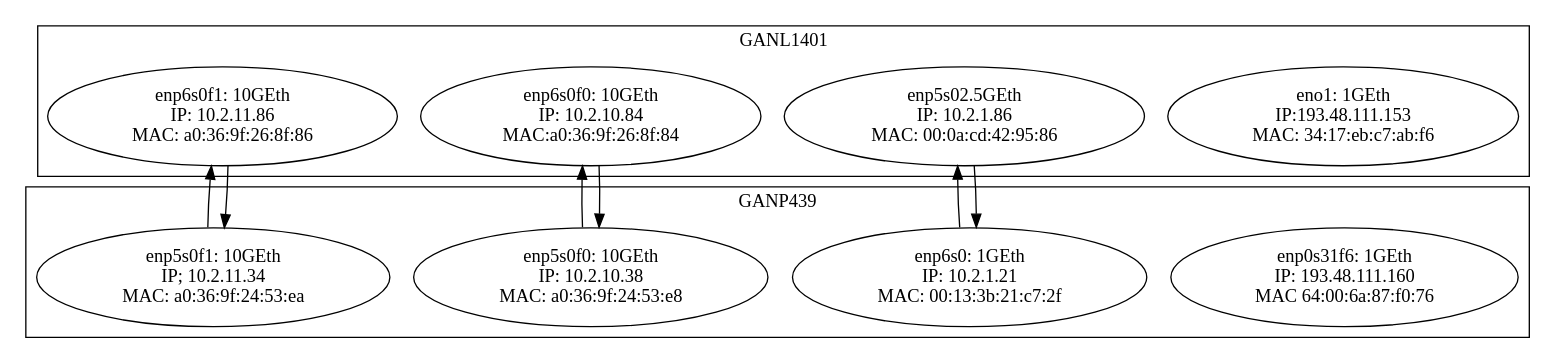
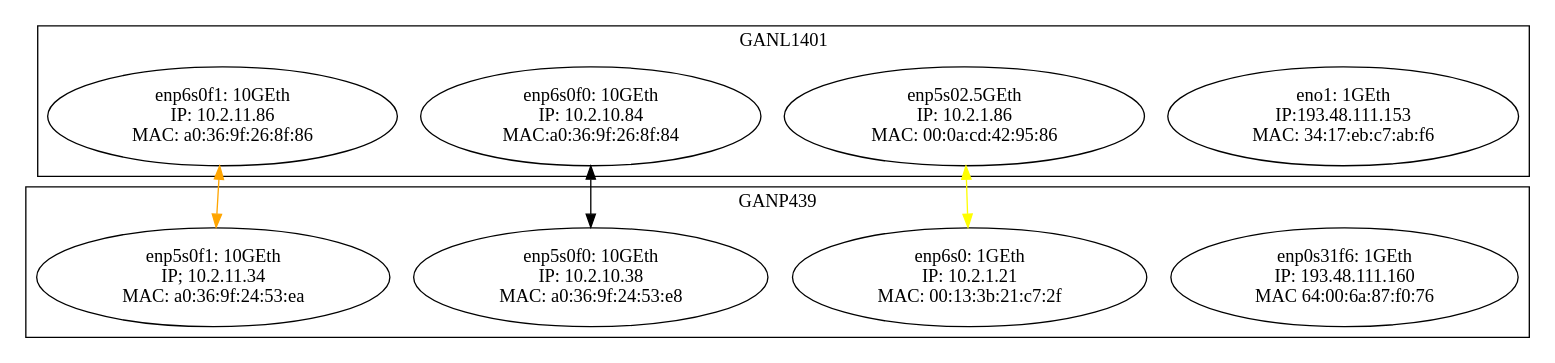
One commit to AdrielEP/test changed the diagram in graphInfra.dot. Above: the diagram before and after it, drawn with Graphviz. The commit also changed 5 other files, not shown here.

```diff
--- a/graphInfra.dot
+++ b/graphInfra.dot
@@ -1,26 +1,24 @@
 digraph G            
 {
   subgraph cluster_GANL1401        
   {label=GANL1401
 	eno1[shape=ellipse,label="eno1: 1GEth\n IP:193.48.111.153\n MAC: 34:17:eb:c7:ab:f6"]
 	enp5s0[shape=ellipse,label="enp5s02.5GEth\n IP: 10.2.1.86\n MAC: 00:0a:cd:42:95:86"]
 	enp6s0f0[shape=ellipse,label="enp6s0f0: 10GEth\n IP: 10.2.10.84\n MAC:a0:36:9f:26:8f:84"]
 	enp6s0f1[shape=ellipse,label="enp6s0f1: 10GEth\n IP: 10.2.11.86\n MAC: a0:36:9f:26:8f:86"]
   }//GANL1401
 
   subgraph cluster_GANP349        
   {label=GANP439
 	enp0s31f6[shape=ellipse,label="enp0s31f6: 1GEth\n IP: 193.48.111.160\n MAC 64:00:6a:87:f0:76"]
 	enp6s0[shape=ellipse,label="enp6s0: 1GEth\n IP: 10.2.1.21\n MAC: 00:13:3b:21:c7:2f"]
 	enp5s0f0[shape=ellipse,label="enp5s0f0: 10GEth\n IP: 10.2.10.38\n MAC: a0:36:9f:24:53:e8"]
 	enp5s0f1[shape=ellipse,label="enp5s0f1: 10GEth\n IP; 10.2.11.34\n MAC: a0:36:9f:24:53:ea"]
   }//GANP439
 
- enp5s0 -> enp6s0
- enp6s0f0 -> enp5s0f0
-enp6s0f1 -> enp5s0f1
+ enp5s0 -> enp6s0 [dir=both color="yellow"]
+ enp6s0f0 -> enp5s0f0 [dir=both color="black"]
+ enp6s0f1 -> enp5s0f1 [dir=both color="orange"]
 
-enp6s0 -> enp5s0
-enp5s0f0 -> enp6s0f0
-enp5s0f1 -> enp6s0f1
+
 }
```
